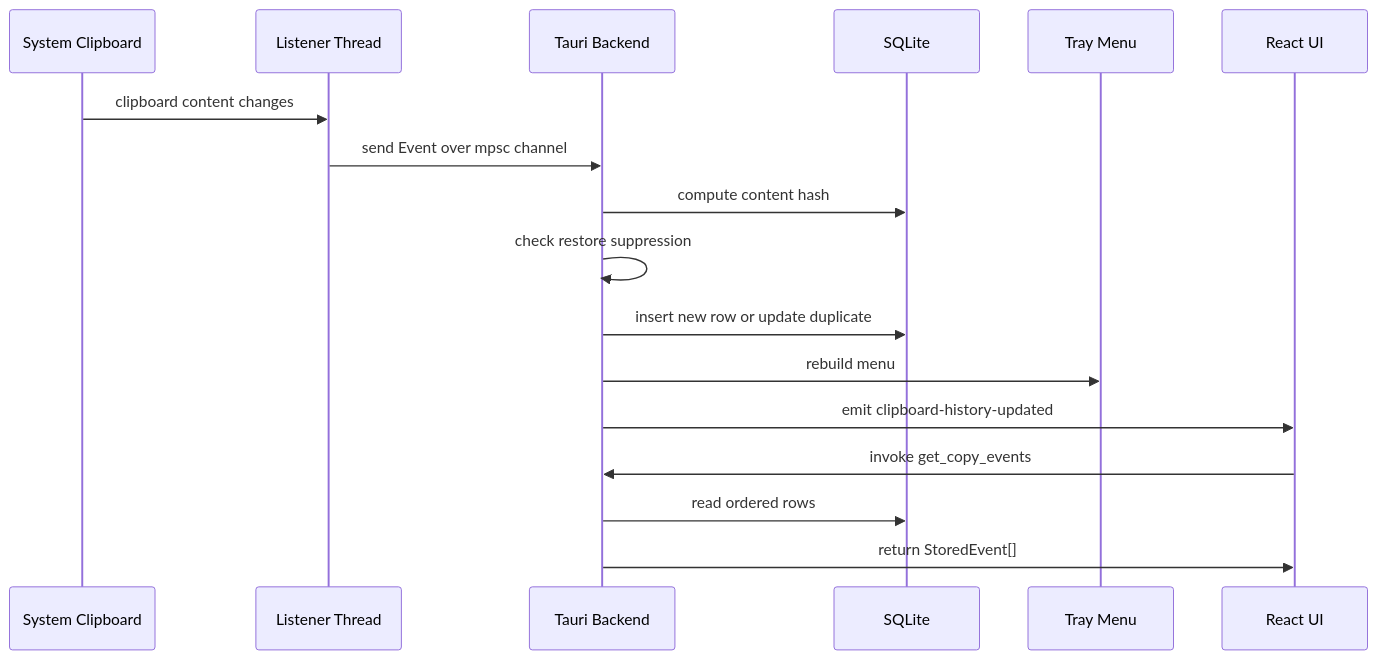
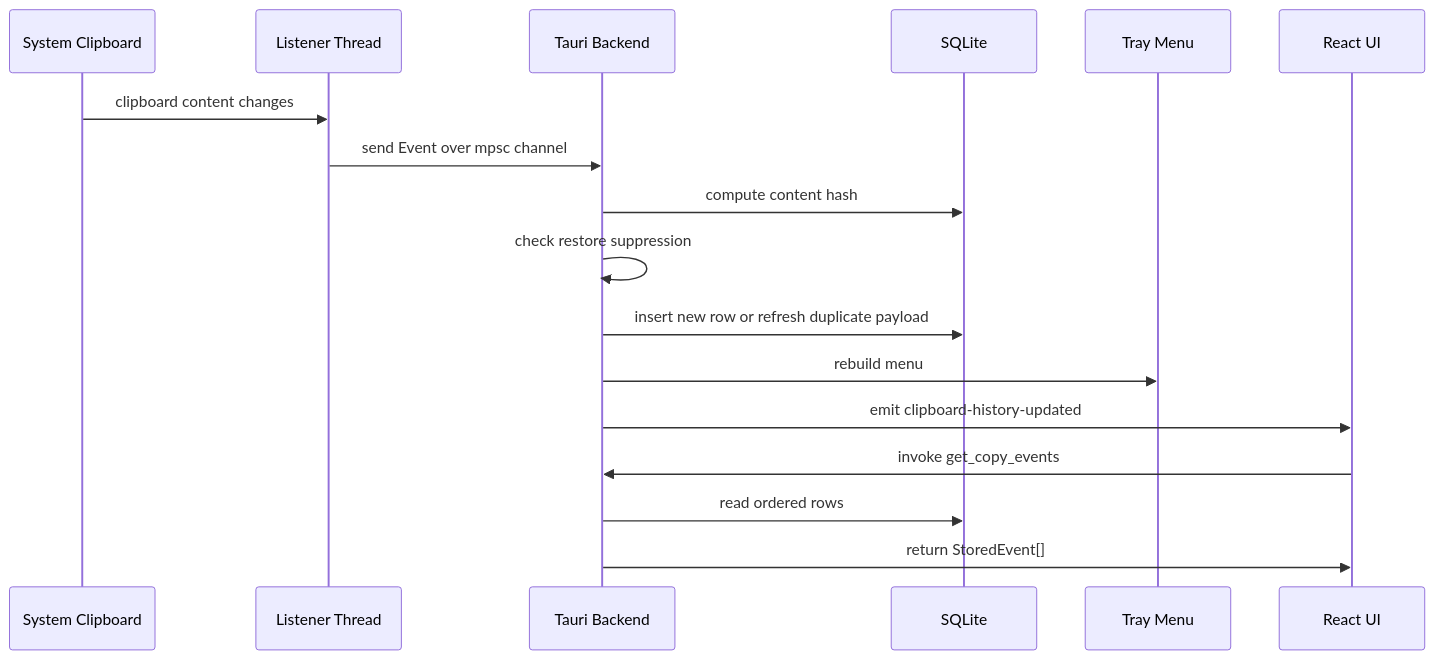
One commit to vdpw/copy_stack changed the first of 2 diagrams in docs/clipboard-flows.md. Above: the diagram before and after it, drawn with Mermaid. The commit also changed other lines of this file and 14 other files, not shown here.

Commit message:
Refine duplicate insert to preserve timestamp and update docs

````diff
--- a/docs/clipboard-flows.md
+++ b/docs/clipboard-flows.md
@@ -15,20 +15,20 @@
 ```mermaid
 sequenceDiagram
   participant Clipboard as System Clipboard
   participant Listener as Listener Thread
   participant Backend as Tauri Backend
   participant DB as SQLite
   participant Tray as Tray Menu
   participant UI as React UI
 
   Clipboard->>Listener: clipboard content changes
   Listener->>Backend: send Event over mpsc channel
   Backend->>DB: compute content hash
   Backend->>Backend: check restore suppression
-  Backend->>DB: insert new row or update duplicate
+  Backend->>DB: insert new row or refresh duplicate payload
   Backend->>Tray: rebuild menu
   Backend->>UI: emit clipboard-history-updated
   UI->>Backend: invoke get_copy_events
   Backend->>DB: read ordered rows
   Backend->>UI: return StoredEvent[]
 ```
````
